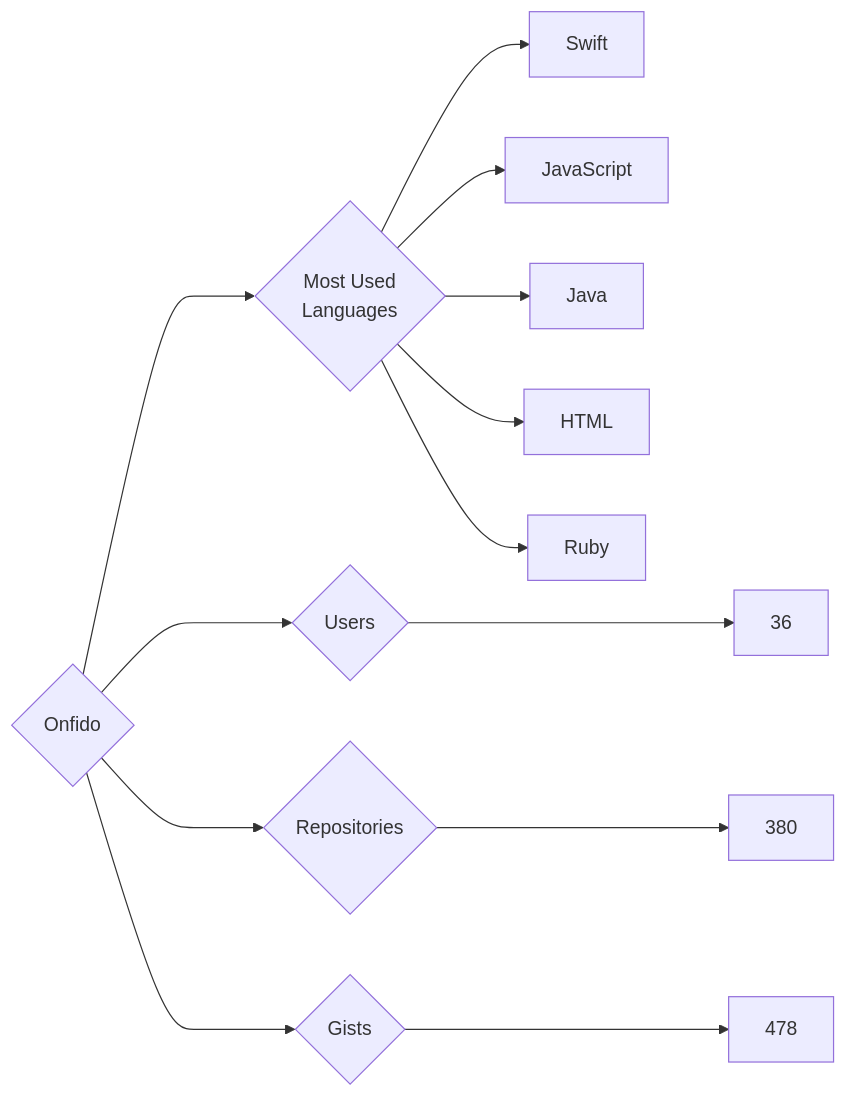
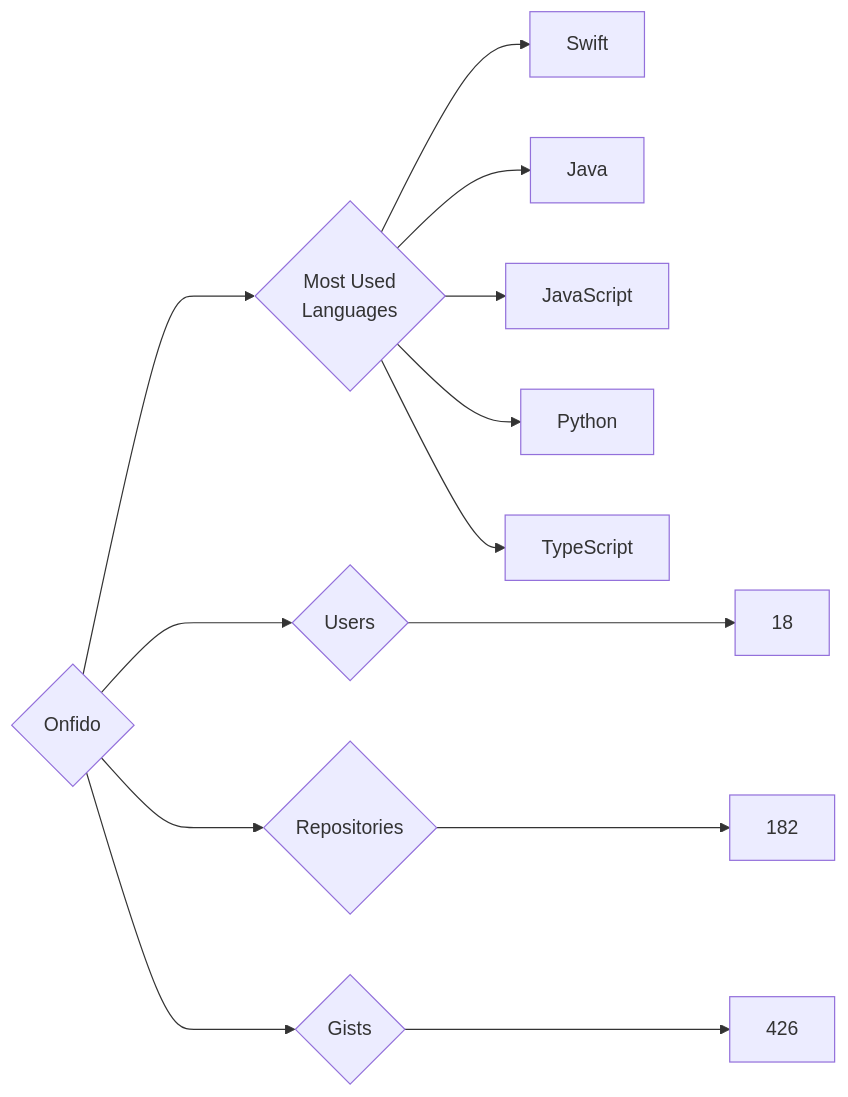
Before and after one commit to trickest/insiders: the diagram in targets/Onfido/README.md, drawn with Mermaid. The commit also changed 940 other files, not shown here.

````diff
--- a/targets/Onfido/README.md
+++ b/targets/Onfido/README.md
@@ -3,13 +3,13 @@
 ```mermaid
 graph LR
 COMPANY_NAME{Onfido}
-COMPANY_NAME ---> U{Users} ---> UN[36]
-COMPANY_NAME ---> R{Repositories} ---> RN[380]
-COMPANY_NAME ---> G{Gists} ---> GN[478]
+COMPANY_NAME ---> U{Users} ---> UN[18]
+COMPANY_NAME ---> R{Repositories} ---> RN[182]
+COMPANY_NAME ---> G{Gists} ---> GN[426]
 COMPANY_NAME ---> ML{Most Used<br>Languages}
 ML --> Swift[Swift]
+ML --> Java[Java]
 ML --> JavaScript[JavaScript]
-ML --> Java[Java]
-ML --> HTML[HTML]
-ML --> Ruby[Ruby]
+ML --> Python[Python]
+ML --> TypeScript[TypeScript]
 ```
````
